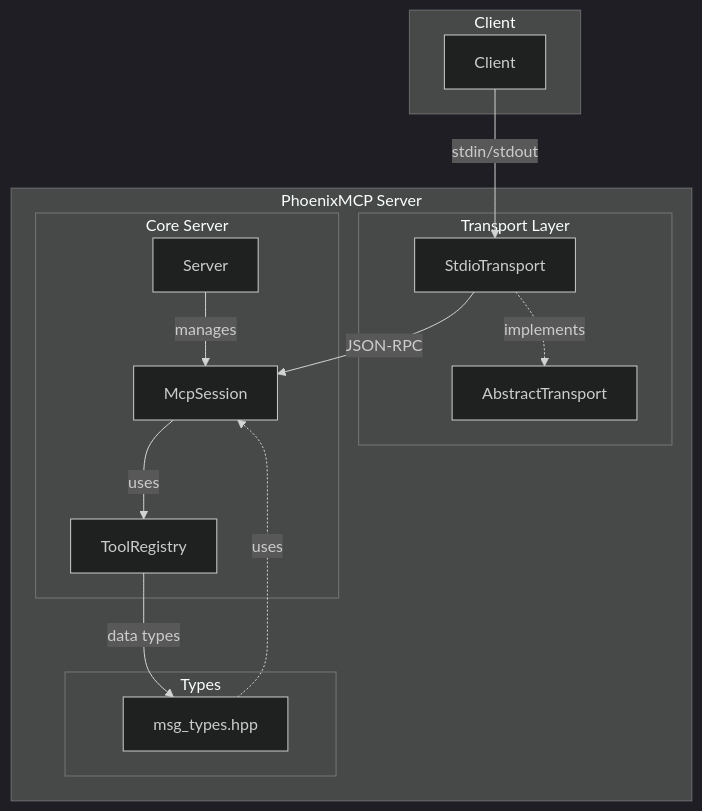
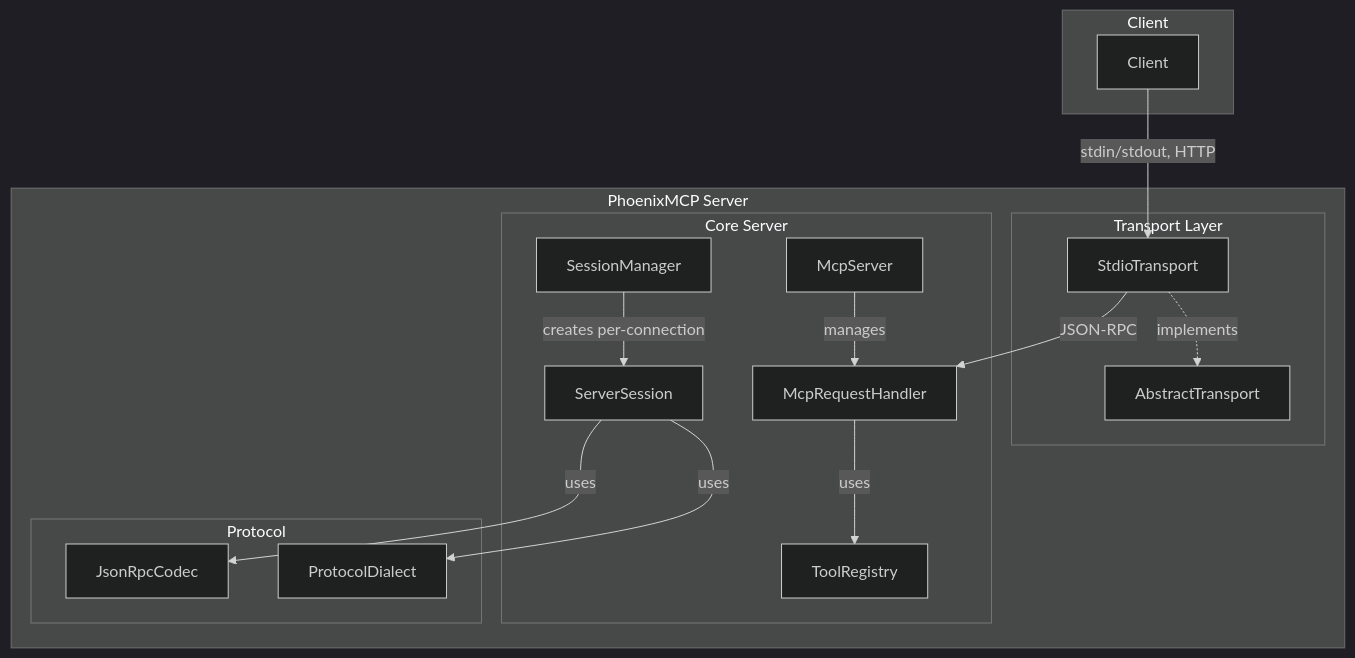
The diagram in README.adoc (Artem535/PhoenixMcp), drawn with Mermaid (dark theme) before and after one commit. The commit also changed other lines of this file and 1 other file, not shown here.

First line of the commit message:
docs: refresh READMEs for CMake-first build and current architecture

````diff
--- a/README.adoc
+++ b/README.adoc
@@ -315,32 +325,36 @@
 ```mermaid
 graph TD
     subgraph "Client"
         C[Client]
     end
 
     subgraph "PhoenixMCP Server"
         subgraph "Transport Layer"
             AT[AbstractTransport]
             ST[StdioTransport]
         end
 
         subgraph "Core Server"
-            S[Server]
-            MS[McpSession]
+            S[McpServer]
+            RH[McpRequestHandler]
+            SS[ServerSession]
+            SM[SessionManager]
             TR[ToolRegistry]
         end
 
-        subgraph "Types"
-            MT[msg_types.hpp]
+        subgraph "Protocol"
+            JC[JsonRpcCodec]
+            PD[ProtocolDialect]
         end
     end
 
     ST -.->|implements| AT
-    S -->|manages| MS
-    MS -->|uses| TR
-    MT -.->|uses| MS
+    S -->|manages| RH
+    SM -->|creates per-connection| SS
+    SS -->|uses| JC
+    SS -->|uses| PD
+    RH -->|uses| TR
 
-    C -->|stdin/stdout| ST
-    ST -->|JSON-RPC| MS
-    TR -->|data types| MT
+    C -->|stdin/stdout, HTTP| ST
+    ST -->|JSON-RPC| RH
 ```
````
